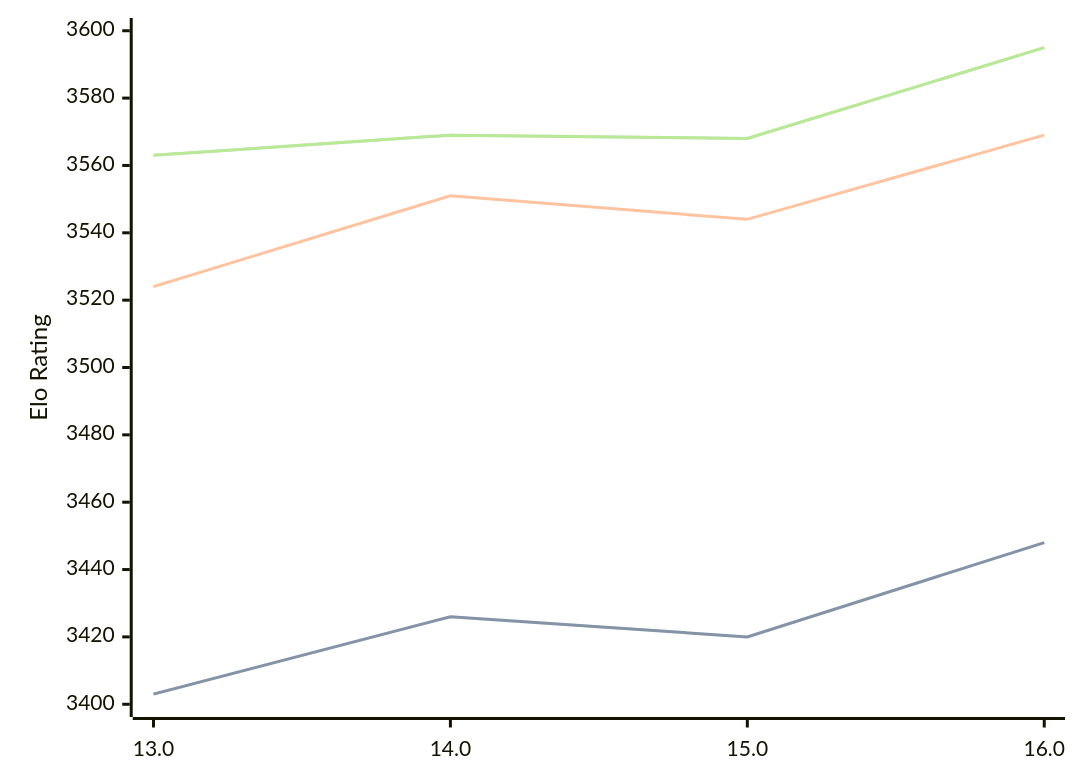
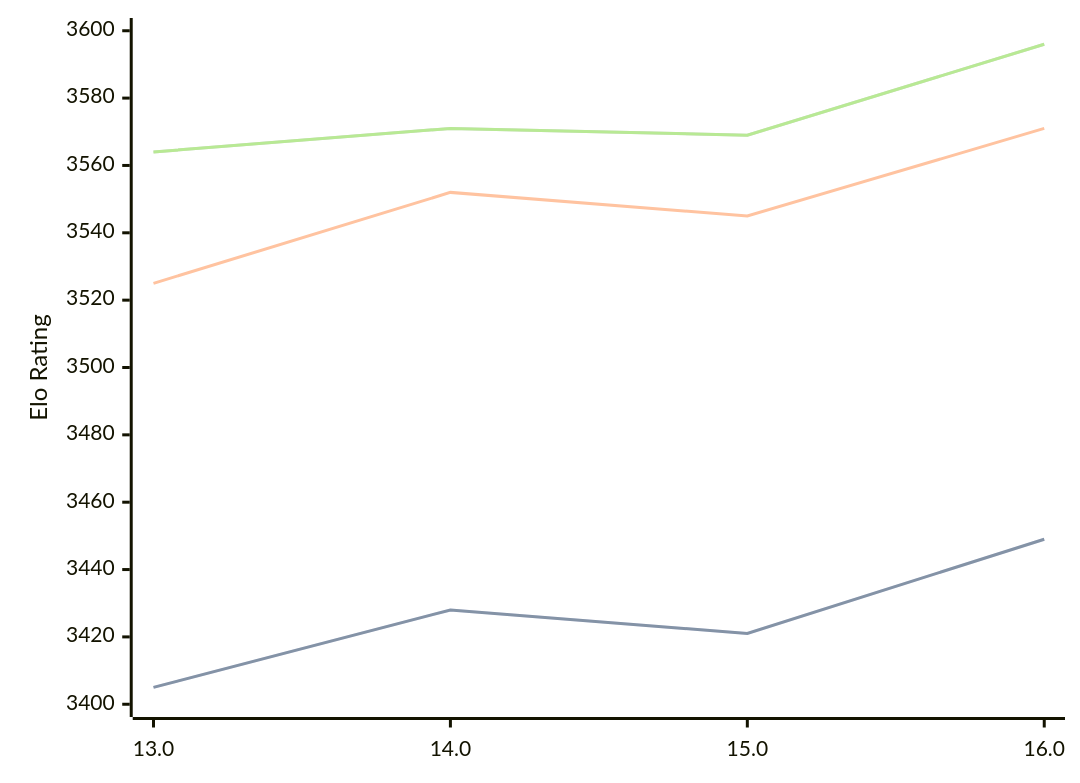
One commit to computer-chess-index/cci changed the diagram in engines/Obsidian.md. Above: the diagram before and after it, drawn with Mermaid. The commit also changed other lines of this file, not shown here.

Commit message:
Update CCI Ratings (ELO VLTC) - 2026-10-09

````diff
--- a/engines/Obsidian.md
+++ b/engines/Obsidian.md
@@ -34,11 +34,11 @@
 ```mermaid
 %%{init: {"theme":"base","themeVariables":{"seriesColors:['#a3a3a3','#222221','#faa371']}}}%%
 xychart-beta
   x-axis ["13.0", "14.0", "15.0", "16.0"]
   y-axis "Elo Rating" 3400 --> 3600
-  line "" [3403, 3426, 3420, 3448]
-  line "STC (8.0+0.08s)" [3403, 3426, 3420, 3448]
-  line "LTC (60.0+0.60s)" [3524, 3551, 3544, 3569]
-  line "" [3563, 3569, 3568, 3595]
-  line "VLTC (2m24s+1.12s)" [3563, 3569, 3568, 3595]
+  line "" [3405, 3428, 3421, 3449]
+  line "STC (8.0+0.08s)" [3405, 3428, 3421, 3449]
+  line "LTC (60.0+0.60s)" [3525, 3552, 3545, 3571]
+  line "" [3564, 3571, 3569, 3596]
+  line "VLTC (2m24s+1.12s)" [3564, 3571, 3569, 3596]
 ```
````
